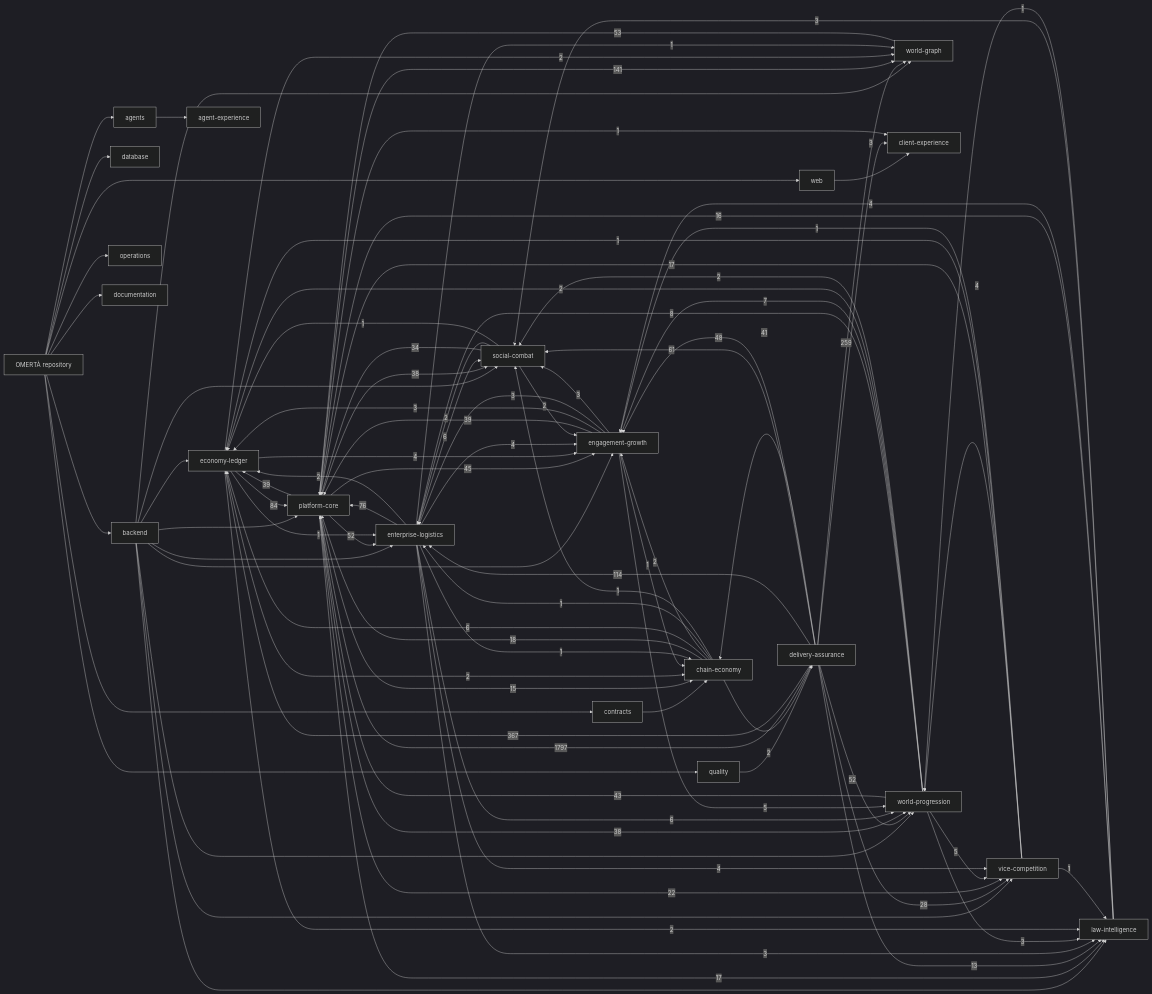
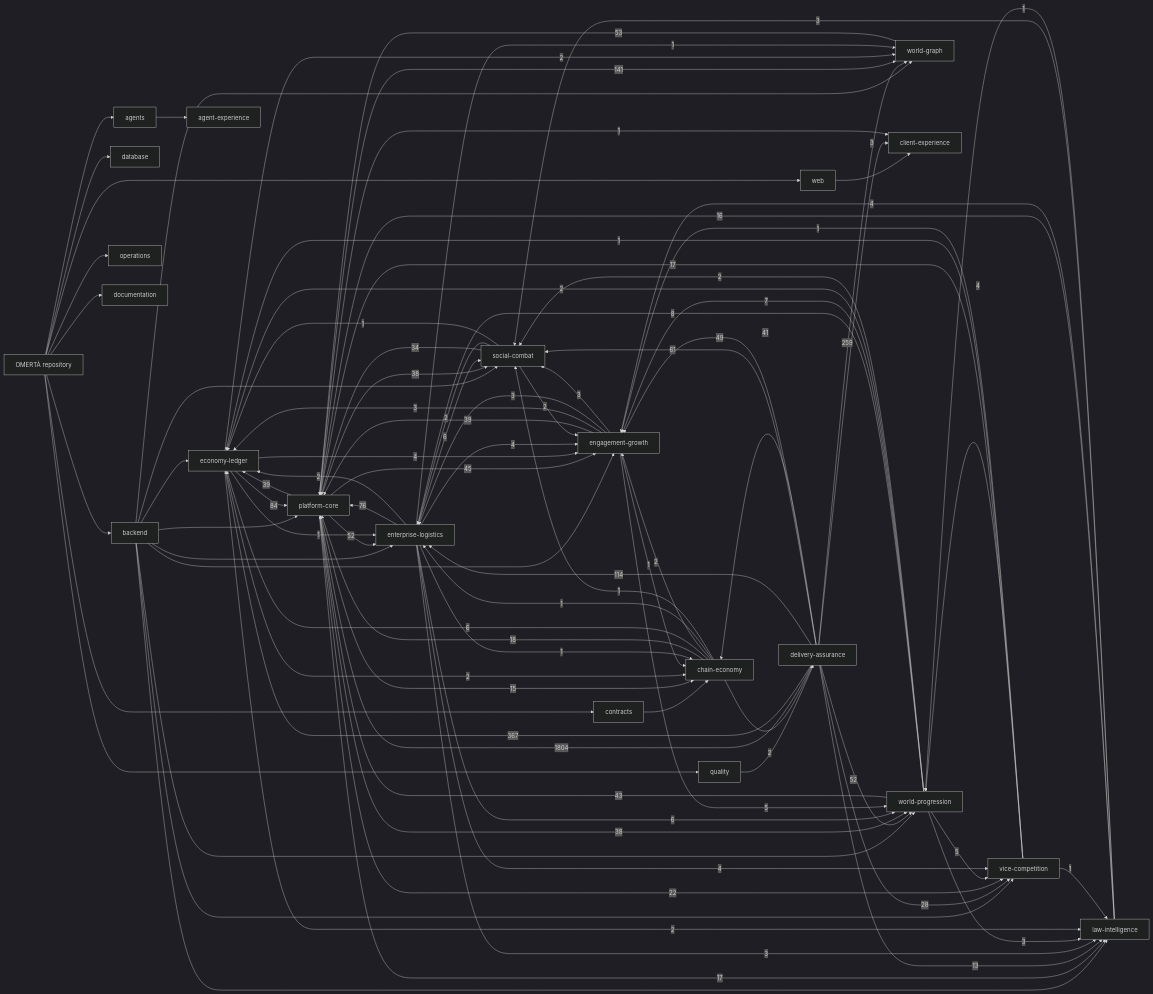
The diagram in knowledge/generated/graph.mmd (OmertaDev/Omerta), drawn with Mermaid (dark theme) before and after one commit. The commit also changed 8 other files, not shown here.

```diff
--- a/knowledge/generated/graph.mmd
+++ b/knowledge/generated/graph.mmd
@@ -1,113 +1,113 @@
 flowchart LR
   repo["OMERTÀ repository"]
   sub_backend["backend"]
   repo --> sub_backend
   sub_database["database"]
   repo --> sub_database
   sub_web["web"]
   repo --> sub_web
   sub_contracts["contracts"]
   repo --> sub_contracts
   sub_agents["agents"]
   repo --> sub_agents
   sub_quality["quality"]
   repo --> sub_quality
   sub_operations["operations"]
   repo --> sub_operations
   sub_documentation["documentation"]
   repo --> sub_documentation
   dom_platform-core["platform-core"]
   dom_economy-ledger["economy-ledger"]
   dom_social-combat["social-combat"]
   dom_world-progression["world-progression"]
   dom_world-graph["world-graph"]
   dom_enterprise-logistics["enterprise-logistics"]
   dom_vice-competition["vice-competition"]
   dom_law-intelligence["law-intelligence"]
   dom_chain-economy["chain-economy"]
   dom_engagement-growth["engagement-growth"]
   dom_client-experience["client-experience"]
   dom_agent-experience["agent-experience"]
   dom_delivery-assurance["delivery-assurance"]
   sub_agents --> dom_agent-experience
   sub_backend --> dom_economy-ledger
   sub_backend --> dom_engagement-growth
   sub_backend --> dom_enterprise-logistics
   sub_backend --> dom_law-intelligence
   sub_backend --> dom_platform-core
   sub_backend --> dom_social-combat
   sub_backend --> dom_vice-competition
   sub_backend --> dom_world-graph
   sub_backend --> dom_world-progression
   sub_contracts --> dom_chain-economy
   sub_quality --> dom_delivery-assurance
   sub_web --> dom_client-experience
-  dom_delivery-assurance -->|1797| dom_platform-core
+  dom_delivery-assurance -->|1804| dom_platform-core
   dom_delivery-assurance -->|367| dom_economy-ledger
   dom_delivery-assurance -->|259| dom_world-graph
   dom_platform-core -->|141| dom_world-graph
   dom_delivery-assurance -->|114| dom_enterprise-logistics
   dom_economy-ledger -->|84| dom_platform-core
   dom_enterprise-logistics -->|76| dom_platform-core
   dom_delivery-assurance -->|61| dom_social-combat
   dom_world-graph -->|53| dom_platform-core
   dom_delivery-assurance -->|52| dom_world-progression
   dom_platform-core -->|52| dom_enterprise-logistics
-  dom_delivery-assurance -->|48| dom_engagement-growth
+  dom_delivery-assurance -->|49| dom_engagement-growth
   dom_platform-core -->|45| dom_engagement-growth
   dom_world-progression -->|43| dom_platform-core
   dom_delivery-assurance -->|41| dom_chain-economy
   dom_engagement-growth -->|39| dom_platform-core
   dom_platform-core -->|39| dom_economy-ledger
   dom_platform-core -->|38| dom_social-combat
   dom_platform-core -->|38| dom_world-progression
   dom_social-combat -->|34| dom_platform-core
   dom_delivery-assurance -->|28| dom_vice-competition
   dom_platform-core -->|22| dom_vice-competition
   dom_chain-economy -->|18| dom_platform-core
   dom_platform-core -->|17| dom_law-intelligence
   dom_vice-competition -->|17| dom_platform-core
   dom_law-intelligence -->|16| dom_platform-core
   dom_platform-core -->|15| dom_chain-economy
   dom_delivery-assurance -->|13| dom_law-intelligence
   dom_world-progression -->|8| dom_enterprise-logistics
   dom_world-progression -->|7| dom_engagement-growth
   dom_chain-economy -->|6| dom_economy-ledger
   dom_enterprise-logistics -->|6| dom_social-combat
   dom_enterprise-logistics -->|6| dom_world-progression
   dom_engagement-growth -->|5| dom_world-progression
   dom_world-progression -->|5| dom_vice-competition
   dom_economy-ledger -->|4| dom_engagement-growth
   dom_enterprise-logistics -->|4| dom_engagement-growth
   dom_enterprise-logistics -->|4| dom_vice-competition
   dom_law-intelligence -->|4| dom_engagement-growth
   dom_vice-competition -->|4| dom_world-progression
   dom_delivery-assurance -->|3| dom_client-experience
   dom_engagement-growth -->|3| dom_economy-ledger
   dom_engagement-growth -->|3| dom_enterprise-logistics
   dom_engagement-growth -->|3| dom_social-combat
   dom_enterprise-logistics -->|3| dom_law-intelligence
   dom_law-intelligence -->|3| dom_social-combat
   dom_world-progression -->|3| dom_law-intelligence
   dom_chain-economy -->|2| dom_delivery-assurance
   dom_chain-economy -->|2| dom_engagement-growth
   dom_economy-ledger -->|2| dom_chain-economy
   dom_economy-ledger -->|2| dom_law-intelligence
   dom_economy-ledger -->|2| dom_world-graph
   dom_enterprise-logistics -->|2| dom_economy-ledger
   dom_social-combat -->|2| dom_engagement-growth
   dom_social-combat -->|2| dom_enterprise-logistics
   dom_world-progression -->|2| dom_economy-ledger
   dom_world-progression -->|2| dom_social-combat
   dom_chain-economy -->|1| dom_enterprise-logistics
   dom_chain-economy -->|1| dom_social-combat
   dom_economy-ledger -->|1| dom_enterprise-logistics
   dom_engagement-growth -->|1| dom_chain-economy
   dom_enterprise-logistics -->|1| dom_chain-economy
   dom_enterprise-logistics -->|1| dom_world-graph
   dom_law-intelligence -->|1| dom_world-progression
   dom_platform-core -->|1| dom_client-experience
   dom_social-combat -->|1| dom_economy-ledger
   dom_vice-competition -->|1| dom_economy-ledger
   dom_vice-competition -->|1| dom_engagement-growth
   dom_vice-competition -->|1| dom_law-intelligence
```
